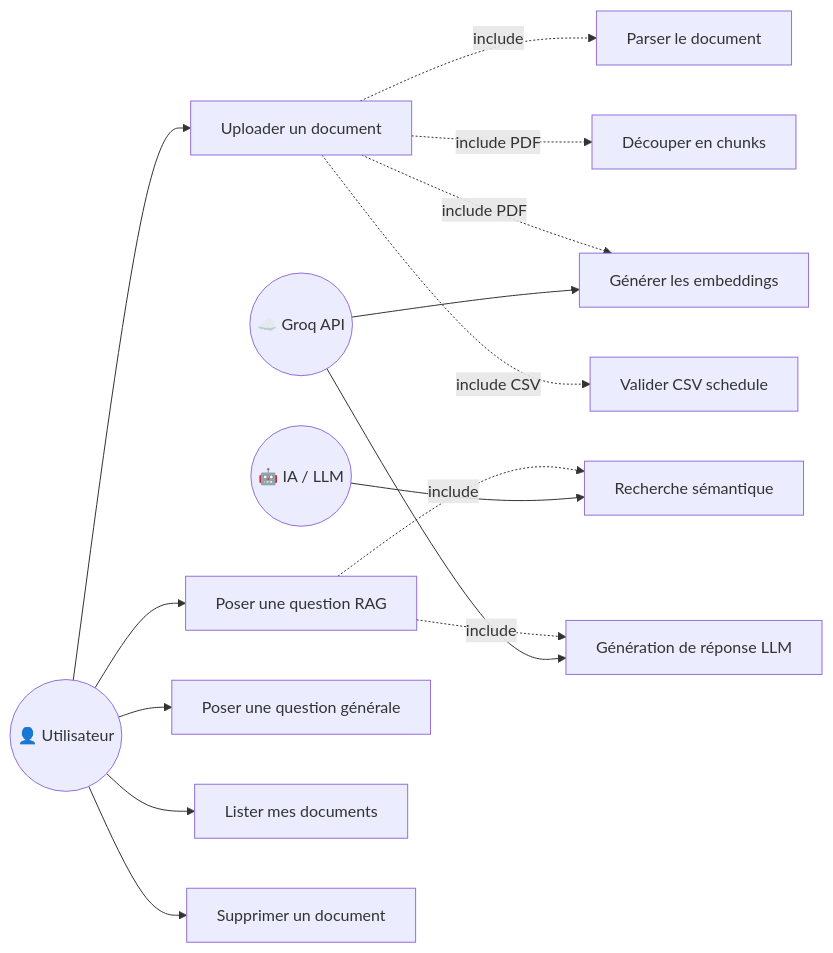
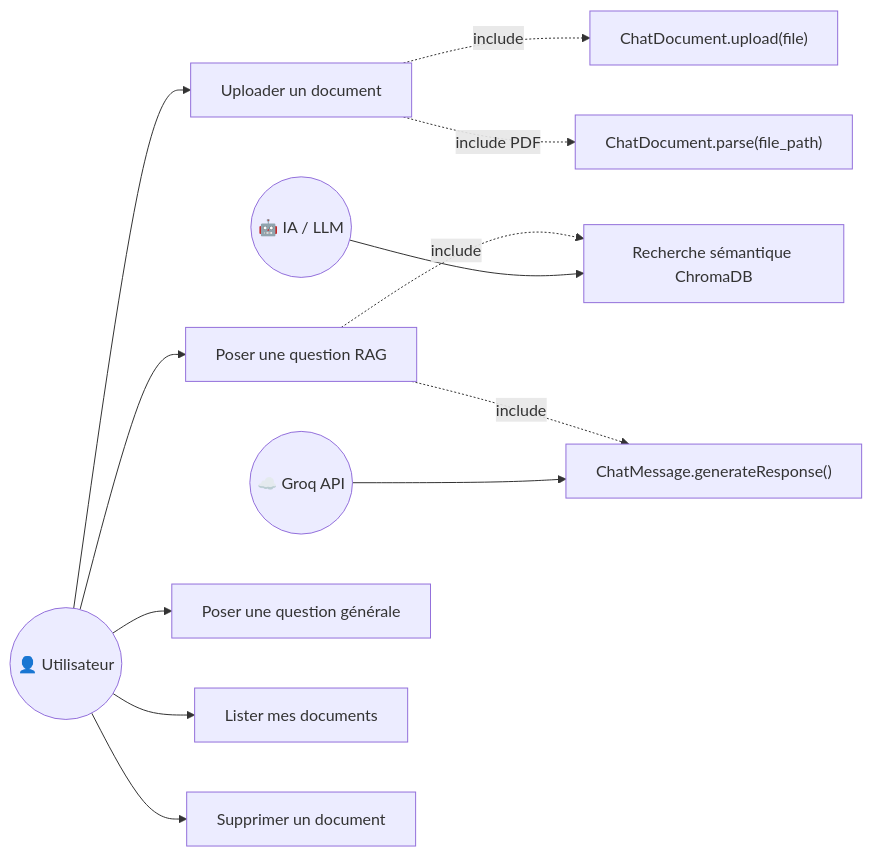
One commit to Jkacem/smart_focus changed the sixth of 10 diagrams in docs/Conception_CasUtilisation.md. Above: the diagram before and after it, drawn with Mermaid. The commit also changed other lines of this file and 31 other files, not shown here.

````diff
--- a/docs/Conception_CasUtilisation.md
+++ b/docs/Conception_CasUtilisation.md
@@ -453,37 +370,32 @@
 ```mermaid
 graph LR
     User(("👤 Utilisateur"))
     IA(("🤖 IA / LLM"))
     API(("☁️ Groq API"))
 
     UC12["Uploader un document"]
     UC13["Poser une question RAG"]
     UC13g["Poser une question générale"]
     UC12l["Lister mes documents"]
     UC12d["Supprimer un document"]
 
-    UC12a["Parser le document"]
-    UC12b["Découper en chunks"]
-    UC12c["Générer les embeddings"]
-    UC12v["Valider CSV schedule"]
-    UC13a["Recherche sémantique"]
-    UC13b["Génération de réponse LLM"]
+    UC12a["ChatDocument.upload(file)"]
+    UC12b["ChatDocument.parse(file_path)"]
+    UC13a["ChatMessage.generateResponse()"]
+    UC13b["Recherche sémantique ChromaDB"]
 
     User --> UC12
     User --> UC13
     User --> UC13g
     User --> UC12l
     User --> UC12d
 
     UC12 -.->|include| UC12a
     UC12 -.->|include PDF| UC12b
-    UC12 -.->|include PDF| UC12c
-    UC12 -.->|include CSV| UC12v
 
+    UC13 -.->|include| UC13b
     UC13 -.->|include| UC13a
-    UC13 -.->|include| UC13b
 
-    IA --> UC13a
-    API --> UC13b
-    API --> UC12c
+    IA --> UC13b
+    API --> UC13a
 ```
````
